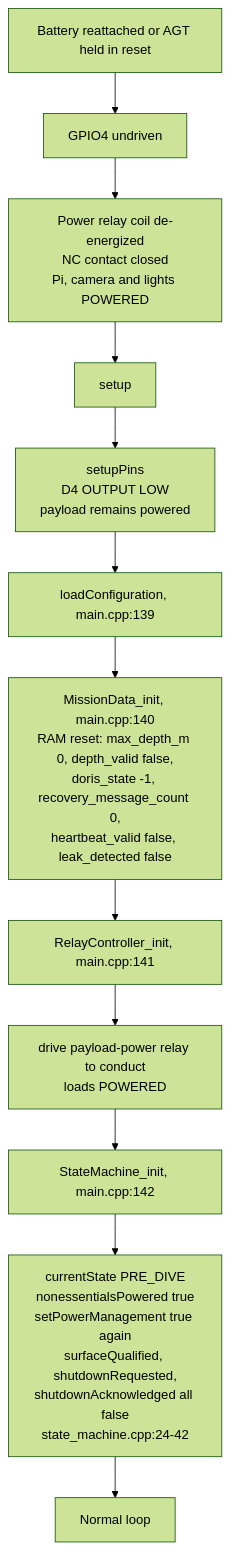
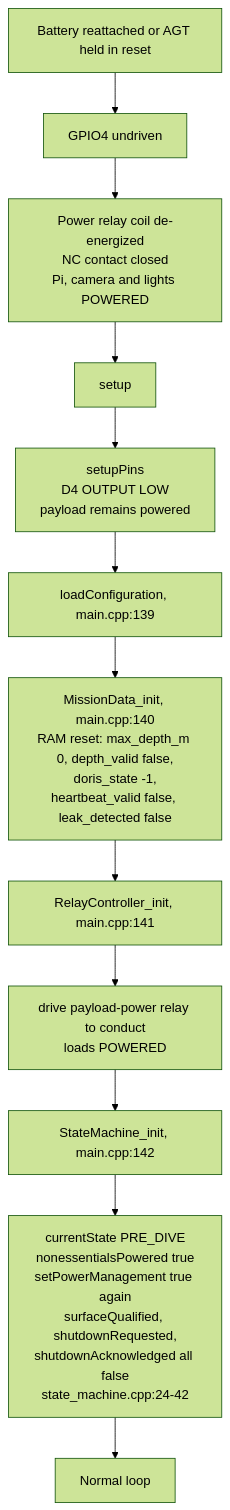
Before and after one commit to brianhBR/Doris-AGT-Firmware: the fourth of 4 diagrams in docs/STATE_MACHINE_DIAGRAM.md, drawn with Mermaid (forest theme). The commit also changed other lines of this file and 12 other files, not shown here.

Commit message:
fix: latch shutdown on one recovery message

````diff
--- a/docs/STATE_MACHINE_DIAGRAM.md
+++ b/docs/STATE_MACHINE_DIAGRAM.md
@@ -244,14 +239,14 @@
 ```mermaid
 flowchart TD
     A[Battery reattached or AGT held in reset] --> B[GPIO4 undriven]
     B --> C[Power relay coil de-energized<br>NC contact closed<br>Pi, camera and lights POWERED]
     C --> E[setup]
     E --> F[setupPins<br>D4 OUTPUT LOW<br>payload remains powered]
     F --> G[loadConfiguration, main.cpp:139]
-    G --> H[MissionData_init, main.cpp:140<br>RAM reset: max_depth_m 0, depth_valid false,<br>doris_state -1, recovery_message_count 0,<br>heartbeat_valid false, leak_detected false]
+    G --> H[MissionData_init, main.cpp:140<br>RAM reset: max_depth_m 0, depth_valid false,<br>doris_state -1,<br>heartbeat_valid false, leak_detected false]
     H --> I[RelayController_init, main.cpp:141]
     I --> J[drive payload-power relay to conduct<br>loads POWERED]
     J --> L[StateMachine_init, main.cpp:142]
     L --> M[currentState PRE_DIVE<br>nonessentialsPowered true<br>setPowerManagement true again<br>surfaceQualified, shutdownRequested,<br>shutdownAcknowledged all false<br>state_machine.cpp:24-42]
     M --> N[Normal loop]
 ```
````
